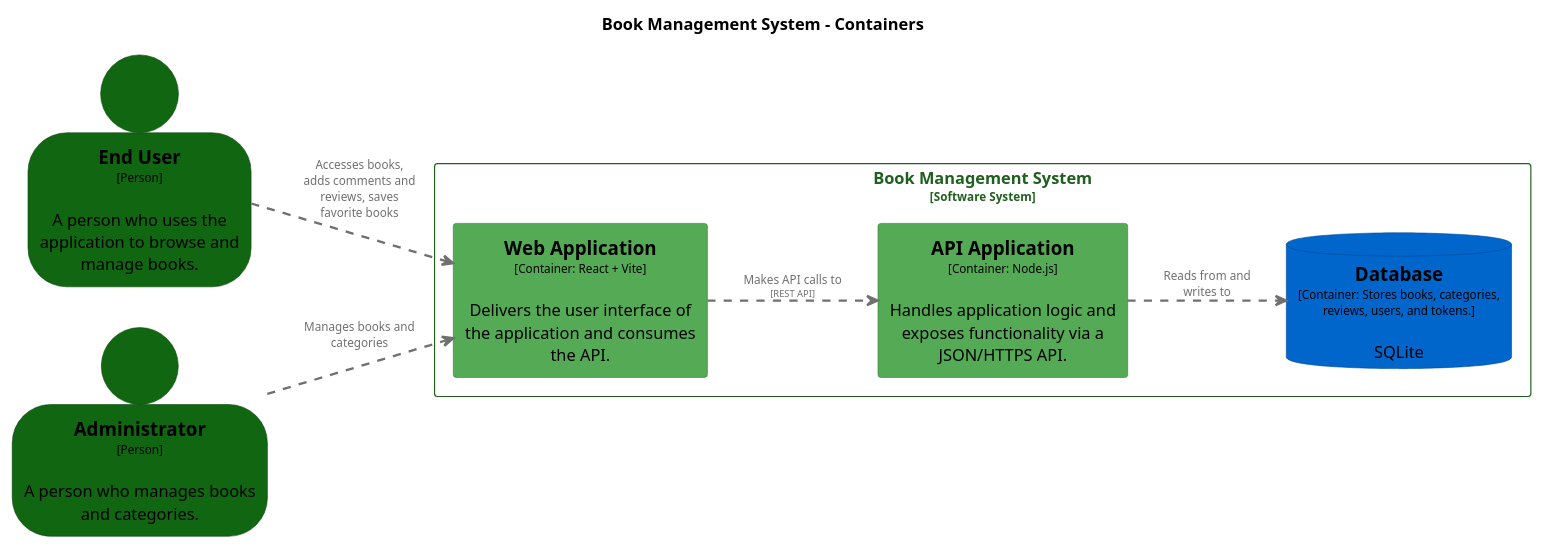
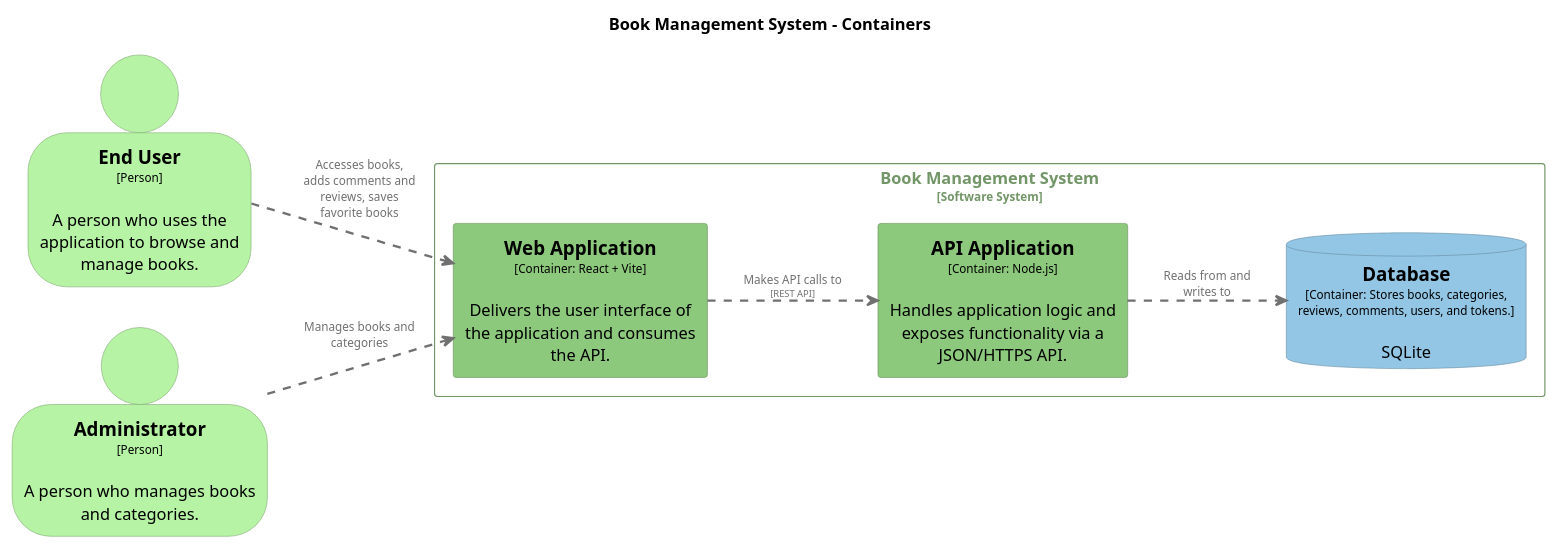
Before and after one commit to unibuc-cs/software-engineering-product-code-girls: the diagram in backend/diagrams/structurizr-Containers.puml, drawn with PlantUML. The commit also changed 9 other files, not shown here.

Commit message:
diagrame C4

```diff
--- a/backend/diagrams/structurizr-Containers.puml
+++ b/backend/diagrams/structurizr-Containers.puml
@@ -1,65 +1,65 @@
 @startuml
 set separator none
 title Book Management System - Containers
 
 left to right direction
 
 skinparam {
   arrowFontSize 10
   defaultTextAlignment center
   wrapWidth 200
   maxMessageSize 100
 }
 
 hide stereotype
 
 skinparam rectangle<<BookManagementSystem.APIApplication>> {
-  BackgroundColor #55aa55
+  BackgroundColor #8dc97c
   FontColor #000000
-  BorderColor #3b763b
+  BorderColor #628c56
   shadowing false
 }
 skinparam person<<Administrator>> {
-  BackgroundColor #116611
+  BackgroundColor #b6f3a4
   FontColor #000000
-  BorderColor #0b470b
+  BorderColor #7faa72
   shadowing false
 }
 skinparam database<<BookManagementSystem.Database>> {
-  BackgroundColor #0066cc
+  BackgroundColor #93c6e5
   FontColor #000000
-  BorderColor #00478e
+  BorderColor #668aa0
   shadowing false
 }
 skinparam person<<EndUser>> {
-  BackgroundColor #116611
+  BackgroundColor #b6f3a4
   FontColor #000000
-  BorderColor #0b470b
+  BorderColor #7faa72
   shadowing false
 }
 skinparam rectangle<<BookManagementSystem.WebApplication>> {
-  BackgroundColor #55aa55
+  BackgroundColor #8dc97c
   FontColor #000000
-  BorderColor #3b763b
+  BorderColor #628c56
   shadowing false
 }
 skinparam rectangle<<BookManagementSystem>> {
-  BorderColor #1f5f1f
-  FontColor #1f5f1f
+  BorderColor #729667
+  FontColor #729667
   shadowing false
 }
 
 person "==End User\n<size:10>[Person]</size>\n\nA person who uses the application to browse and manage books." <<EndUser>> as EndUser
 person "==Administrator\n<size:10>[Person]</size>\n\nA person who manages books and categories." <<Administrator>> as Administrator
 
 rectangle "Book Management System\n<size:10>[Software System]</size>" <<BookManagementSystem>> {
-  database "==Database\n<size:10>[Container: Stores books, categories, reviews, users, and tokens.]</size>\n\nSQLite" <<BookManagementSystem.Database>> as BookManagementSystem.Database
+  database "==Database\n<size:10>[Container: Stores books, categories, reviews, comments, users, and tokens.]</size>\n\nSQLite" <<BookManagementSystem.Database>> as BookManagementSystem.Database
   rectangle "==Web Application\n<size:10>[Container: React + Vite]</size>\n\nDelivers the user interface of the application and consumes the API." <<BookManagementSystem.WebApplication>> as BookManagementSystem.WebApplication
   rectangle "==API Application\n<size:10>[Container: Node.js]</size>\n\nHandles application logic and exposes functionality via a JSON/HTTPS API." <<BookManagementSystem.APIApplication>> as BookManagementSystem.APIApplication
 }
 
 EndUser .[#707070,thickness=2].> BookManagementSystem.WebApplication : "<color:#707070>Accesses books, adds comments and reviews, saves favorite books"
 Administrator .[#707070,thickness=2].> BookManagementSystem.WebApplication : "<color:#707070>Manages books and categories"
 BookManagementSystem.WebApplication .[#707070,thickness=2].> BookManagementSystem.APIApplication : "<color:#707070>Makes API calls to\n<color:#707070><size:8>[REST API]</size>"
 BookManagementSystem.APIApplication .[#707070,thickness=2].> BookManagementSystem.Database : "<color:#707070>Reads from and writes to"
 @enduml
```
